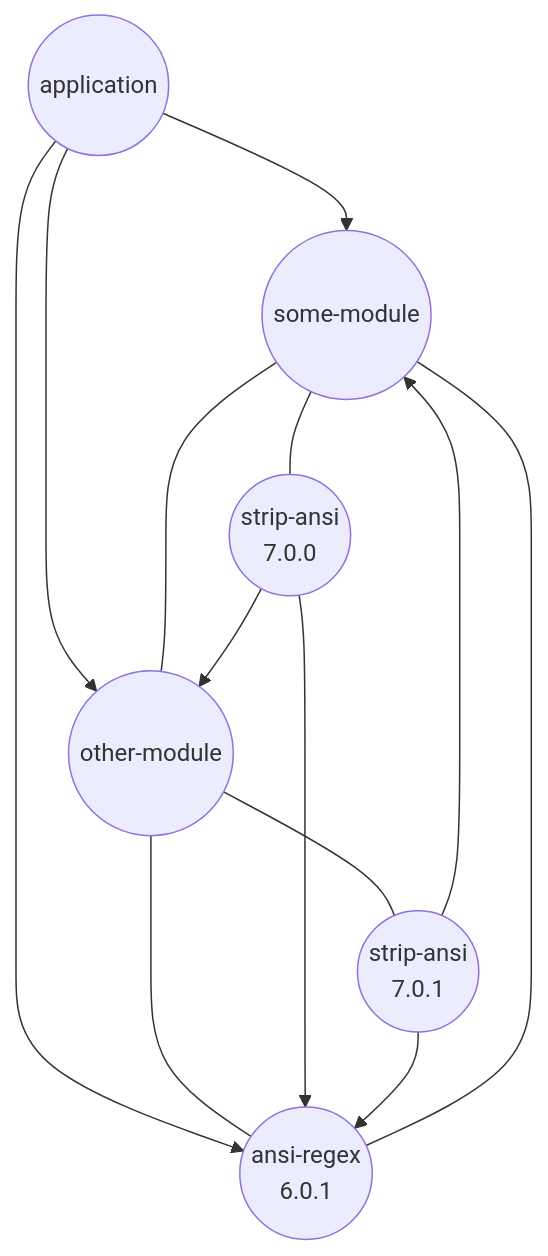
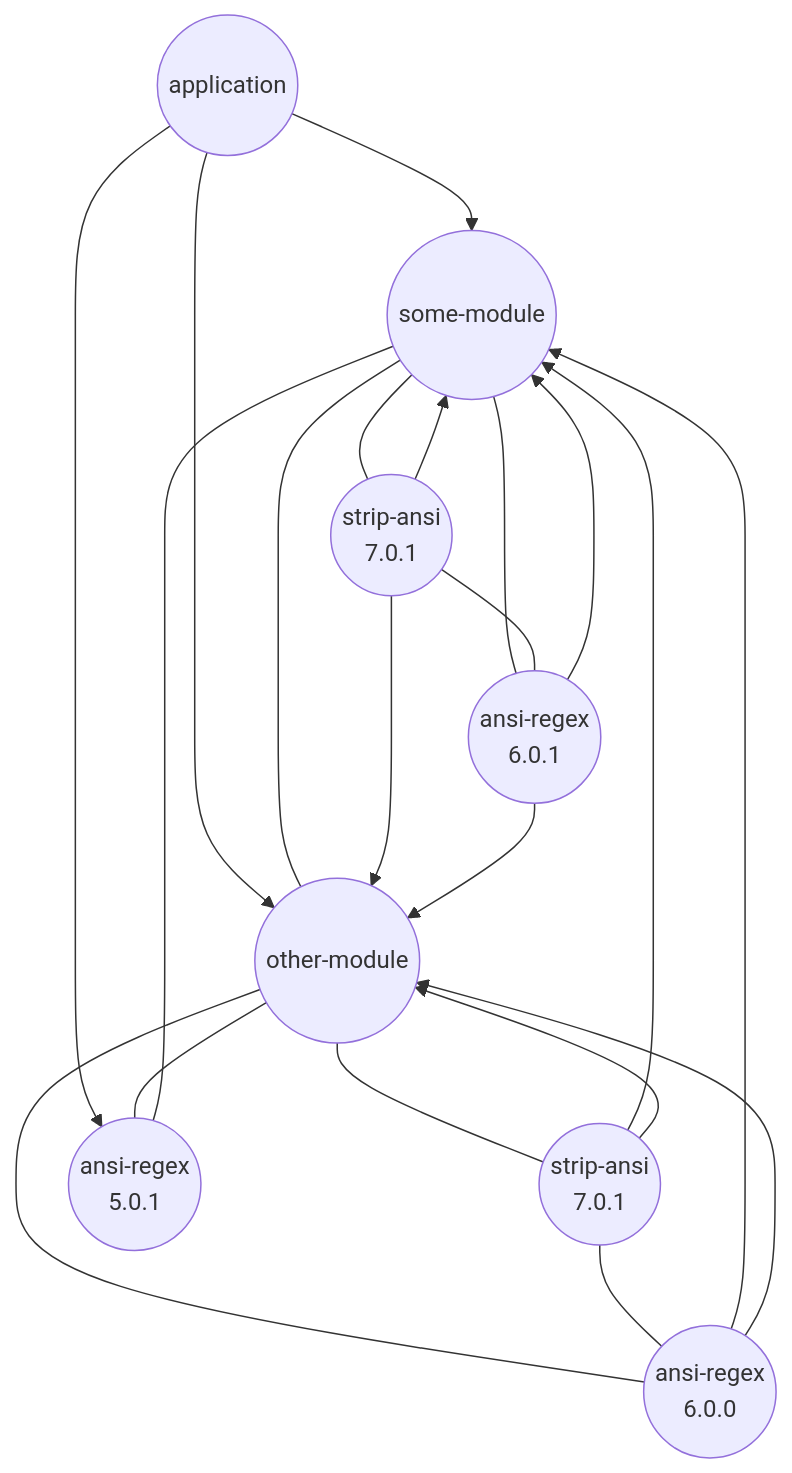
One commit to CycloneDX/cyclonedx-node-npm changed the second of 2 diagrams in docs/result.md. Above: the diagram before and after it, drawn with Mermaid. The commit also changed other lines of this file, not shown here.

````diff
--- a/docs/result.md
+++ b/docs/result.md
@@ -85,21 +93,31 @@
 ```mermaid
 graph TB
-    R  --> A
-    R  --> B
-    R  --> C
-    A  --- B
-    B  --- C
-    C  --- A
-    A  --- D1
-    B  --- D2
-    D1 --> B
-    D2 --> A
-    D1 --> C
-    D2 --> C
     R((application))
     A((some-module))
     B((other-module))
-    C((ansi-regex<br/>6.0.1))
-    D1((strip-ansi<br/>7.0.0))
-    D2((strip-ansi<br/>7.0.1))
+    C1((strip-ansi<br/>7.0.1))
+    C2((strip-ansi<br/>7.0.1))
+    D1((ansi-regex<br/>6.0.1))
+    D2((ansi-regex<br/>6.0.0))
+    D3((ansi-regex<br/>5.0.1))
+    R  --> A
+    R  --> B
+    R  --> D3
+    A  --- B
+    B  --- D3
+    D3 --- A
+    A  --- C1
+    A  --- D1
+    B  --- C2
+    B  --- D2
+    C1 --- D1
+    C2 --- D2
+    C1 --> A
+    C1 --> B
+    C2 --> A
+    C2 --> B
+    D1 --> A
+    D1 --> B
+    D2 --> A
+    D2 --> B
 ```
````
